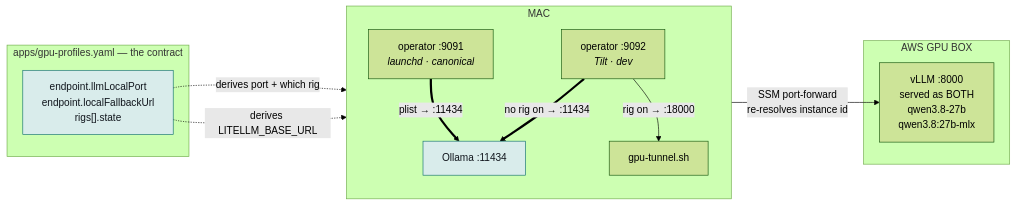
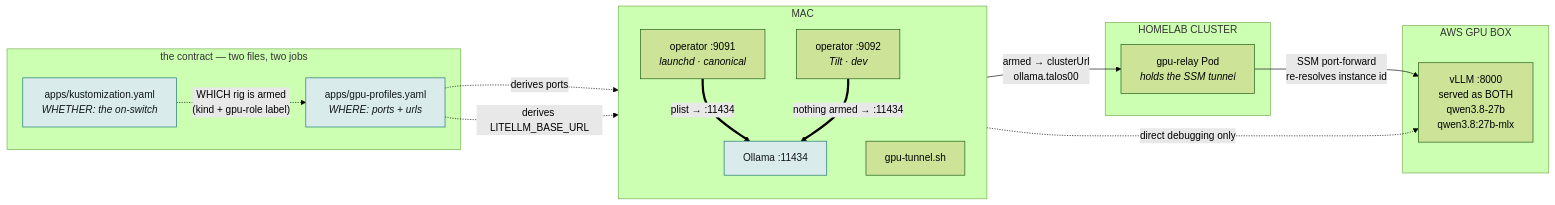
The third of 4 diagrams in infrastructure/base/aws/architecture.md (TheBranchDriftCatalyst/talos-homelab), drawn with Mermaid (forest theme) before and after one commit. The commit also changed other lines of this file and 25 other files, not shown here.

````diff
--- a/infrastructure/base/aws/architecture.md
+++ b/infrastructure/base/aws/architecture.md
@@ -154,28 +154,35 @@
 ```mermaid
 flowchart LR
-  subgraph TBL["apps/gpu-profiles.yaml — the contract"]
-    E["endpoint.llmLocalPort<br/>endpoint.localFallbackUrl<br/>rigs[].state"]
+  subgraph TBL["the contract — two files, two jobs"]
+    E["apps/gpu-profiles.yaml<br/><i>WHERE: ports + urls</i>"]
+    K["apps/kustomization.yaml<br/><i>WHETHER: the on-switch</i>"]
   end
 
   subgraph MAC["MAC"]
     direction TB
     O1["operator :9091<br/><i>launchd · canonical</i>"]
     O2["operator :9092<br/><i>Tilt · dev</i>"]
     OL["Ollama :11434"]
     T["gpu-tunnel.sh"]
   end
 
+  subgraph CL["HOMELAB CLUSTER"]
+    R["gpu-relay Pod<br/><i>holds the SSM tunnel</i>"]
+  end
+
   subgraph BOX["AWS GPU BOX"]
     VL["vLLM :8000<br/>served as BOTH<br/>qwen3.8-27b<br/>qwen3.8:27b-mlx"]
   end
 
-  E -.->|"derives port + which rig"| T
+  K -.->|"WHICH rig is armed<br/>(kind + gpu-role label)"| E
+  E -.->|"derives ports"| T
   E -.->|"derives LITELLM_BASE_URL"| O2
   O1 ==>|"plist → :11434"| OL
-  O2 ==>|"no rig on → :11434"| OL
-  O2 -->|"rig on → :18000"| T
-  T -->|"SSM port-forward<br/>re-resolves instance id"| VL
+  O2 ==>|"nothing armed → :11434"| OL
+  O2 -->|"armed → clusterUrl<br/>ollama.talos00"| R
+  T -.->|"direct debugging only"| VL
+  R -->|"SSM port-forward<br/>re-resolves instance id"| VL
 
   classDef good fill:#d9eceb,stroke:#0f6f6c,color:#10151c
-  class E,OL good
+  class E,K,OL good
 ```
````
